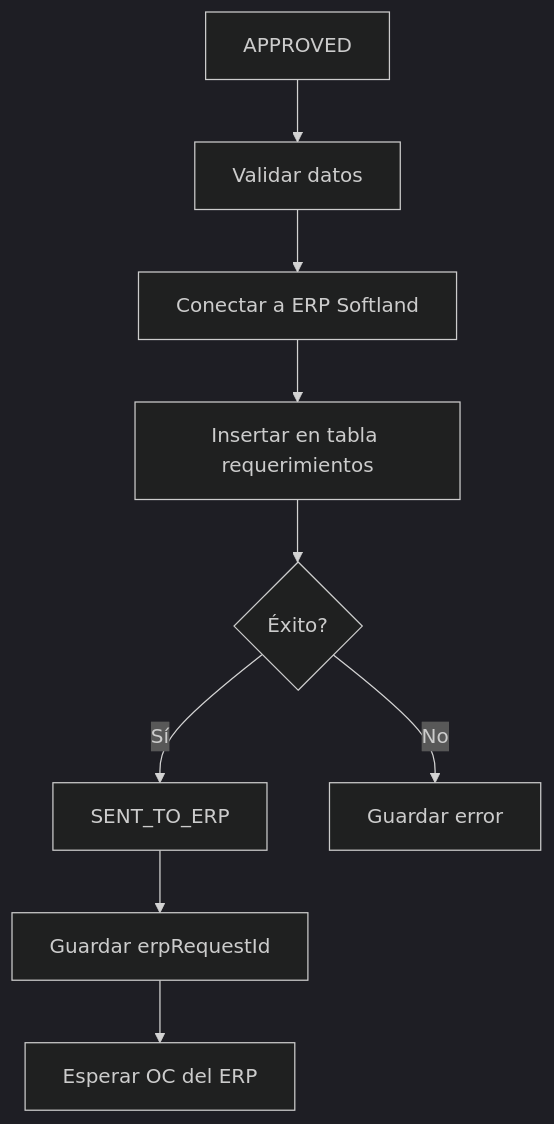
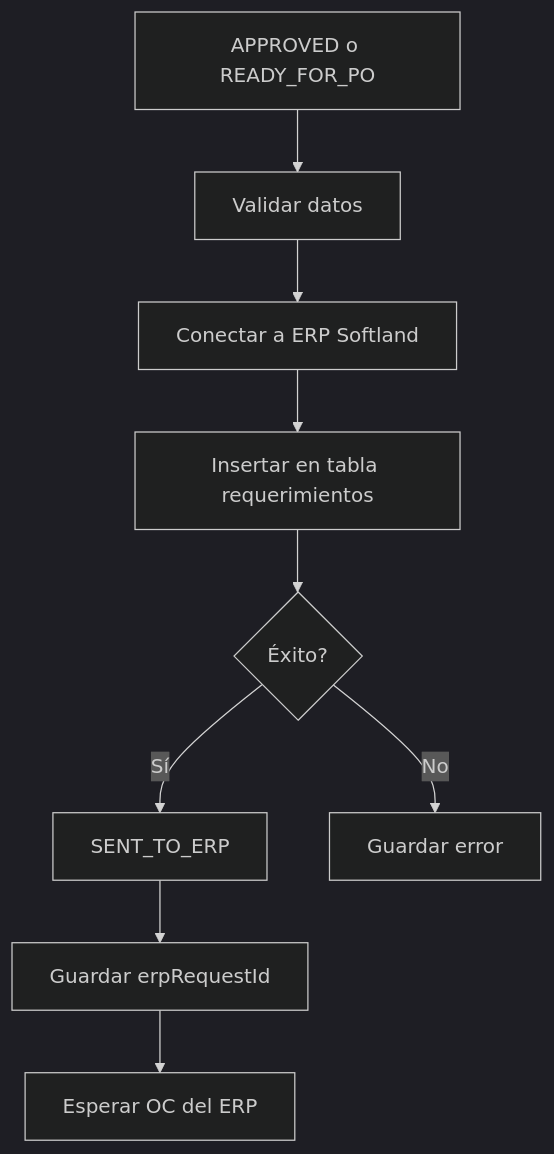
One commit to AxiomaCloud/Prohub changed the fourth of 8 diagrams in docs/PURCHASE_REQUESTS_MODULE.md. Above: the diagram before and after it, drawn with Mermaid (dark theme). The commit also changed other lines of this file and 3 other files, not shown here.

````diff
--- a/docs/PURCHASE_REQUESTS_MODULE.md
+++ b/docs/PURCHASE_REQUESTS_MODULE.md
@@ -480,11 +711,11 @@
 ```mermaid
 graph TD
-    A[APPROVED] --> B[Validar datos]
+    A[APPROVED o READY_FOR_PO] --> B[Validar datos]
     B --> C[Conectar a ERP Softland]
     C --> D[Insertar en tabla requerimientos]
     D --> E{Éxito?}
     E -->|Sí| F[SENT_TO_ERP]
     E -->|No| G[Guardar error]
     F --> H[Guardar erpRequestId]
     H --> I[Esperar OC del ERP]
 ```
````
